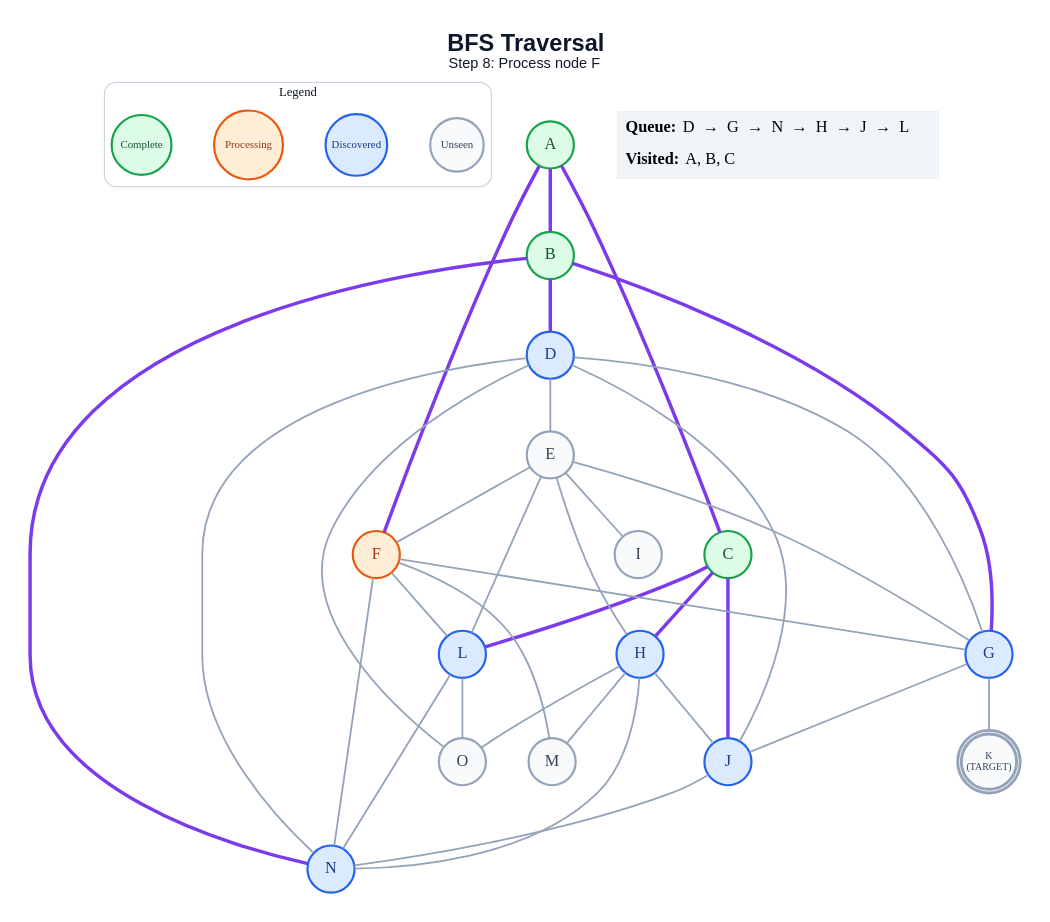
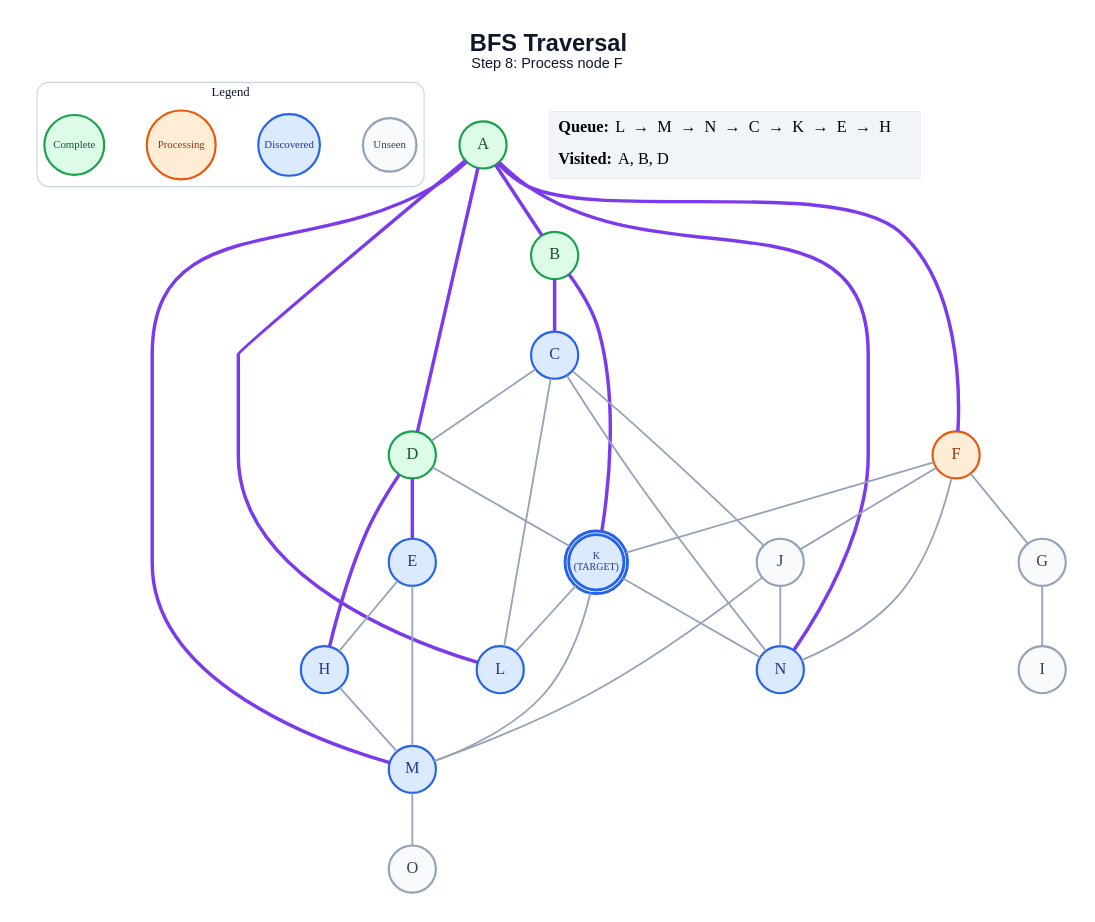
Before and after one commit to anon7238593-create/ai-slop: the diagram in generated/specific-node/bfs/step_08.dot, drawn with Graphviz. The commit also changed 317 other files, not shown here.

```diff
--- a/generated/specific-node/bfs/step_08.dot
+++ b/generated/specific-node/bfs/step_08.dot
@@ -1,66 +1,63 @@
 graph traversal {
   graph [layout=dot, rankdir=TB, bgcolor="#FFFFFF", pad="0.35", nodesep="0.65", ranksep="0.8", fontname="Arial"];
   node [shape=circle, style="filled", fontname="Arial Bold", fontsize=18, width=0.72, fixedsize=true, penwidth=2.4];
   edge [color="#94A3B8", penwidth=2.0];
   label=<<B>BFS Traversal</B><BR/><FONT POINT-SIZE="16">Step 8: Process node F</FONT>>; labelloc="t"; fontsize=26; fontname="Arial"; fontcolor="#0F172A";
   subgraph cluster_legend { label="Legend"; color="#CBD5E1"; penwidth=1.2; style="rounded"; fontsize=14; fontname="Arial Bold";
     key_unseen [label="Unseen", fillcolor="#F8FAFC", color="#94A3B8", fontcolor="#334155", fontsize=12, width=0.82];
     key_frontier [label="Discovered", fillcolor="#DBEAFE", color="#2563EB", fontcolor="#1E3A8A", fontsize=12, width=0.95];
     key_current [label="Processing", fillcolor="#FFEDD5", color="#EA580C", fontcolor="#9A3412", fontsize=12, width=1.05];
     key_done [label="Complete", fillcolor="#DCFCE7", color="#16A34A", fontcolor="#14532D", fontsize=12, width=0.92];
     { rank=same; key_unseen; key_frontier; key_current; key_done; }
   }
   A [label="A", fillcolor="#DCFCE7", color="#16A34A", fontcolor="#14532D", peripheries=1, penwidth=2.4];
   B [label="B", fillcolor="#DCFCE7", color="#16A34A", fontcolor="#14532D", peripheries=1, penwidth=2.4];
-  C [label="C", fillcolor="#DCFCE7", color="#16A34A", fontcolor="#14532D", peripheries=1, penwidth=2.4];
-  D [label="D", fillcolor="#DBEAFE", color="#2563EB", fontcolor="#1E3A8A", peripheries=1, penwidth=2.4];
-  E [label="E", fillcolor="#F8FAFC", color="#94A3B8", fontcolor="#334155", peripheries=1, penwidth=2.4];
+  C [label="C", fillcolor="#DBEAFE", color="#2563EB", fontcolor="#1E3A8A", peripheries=1, penwidth=2.4];
+  D [label="D", fillcolor="#DCFCE7", color="#16A34A", fontcolor="#14532D", peripheries=1, penwidth=2.4];
+  E [label="E", fillcolor="#DBEAFE", color="#2563EB", fontcolor="#1E3A8A", peripheries=1, penwidth=2.4];
   F [label="F", fillcolor="#FFEDD5", color="#EA580C", fontcolor="#9A3412", peripheries=1, penwidth=2.4];
-  G [label="G", fillcolor="#DBEAFE", color="#2563EB", fontcolor="#1E3A8A", peripheries=1, penwidth=2.4];
+  G [label="G", fillcolor="#F8FAFC", color="#94A3B8", fontcolor="#334155", peripheries=1, penwidth=2.4];
   H [label="H", fillcolor="#DBEAFE", color="#2563EB", fontcolor="#1E3A8A", peripheries=1, penwidth=2.4];
   I [label="I", fillcolor="#F8FAFC", color="#94A3B8", fontcolor="#334155", peripheries=1, penwidth=2.4];
-  J [label="J", fillcolor="#DBEAFE", color="#2563EB", fontcolor="#1E3A8A", peripheries=1, penwidth=2.4];
-  K [label="K\n(TARGET)", fillcolor="#F8FAFC", color="#94A3B8", fontcolor="#334155", peripheries=2, penwidth=3.2, fontsize=11, width=0.85, height=0.85];
+  J [label="J", fillcolor="#F8FAFC", color="#94A3B8", fontcolor="#334155", peripheries=1, penwidth=2.4];
+  K [label="K\n(TARGET)", fillcolor="#DBEAFE", color="#2563EB", fontcolor="#1E3A8A", peripheries=2, penwidth=3.2, fontsize=11, width=0.85, height=0.85];
   L [label="L", fillcolor="#DBEAFE", color="#2563EB", fontcolor="#1E3A8A", peripheries=1, penwidth=2.4];
-  M [label="M", fillcolor="#F8FAFC", color="#94A3B8", fontcolor="#334155", peripheries=1, penwidth=2.4];
+  M [label="M", fillcolor="#DBEAFE", color="#2563EB", fontcolor="#1E3A8A", peripheries=1, penwidth=2.4];
   N [label="N", fillcolor="#DBEAFE", color="#2563EB", fontcolor="#1E3A8A", peripheries=1, penwidth=2.4];
   O [label="O", fillcolor="#F8FAFC", color="#94A3B8", fontcolor="#334155", peripheries=1, penwidth=2.4];
   A -- B [color="#7C3AED", penwidth=3.8];
-  A -- C [color="#7C3AED", penwidth=3.8];
+  A -- D [color="#7C3AED", penwidth=3.8];
   A -- F [color="#7C3AED", penwidth=3.8];
-  B -- D [color="#7C3AED", penwidth=3.8];
-  B -- G [color="#7C3AED", penwidth=3.8];
-  B -- N [color="#7C3AED", penwidth=3.8];
-  C -- H [color="#7C3AED", penwidth=3.8];
-  C -- J [color="#7C3AED", penwidth=3.8];
-  C -- L [color="#7C3AED", penwidth=3.8];
-  D -- E;
-  D -- G;
-  D -- J;
-  D -- N;
-  D -- O;
-  E -- F;
-  E -- G;
+  A -- L [color="#7C3AED", penwidth=3.8];
+  A -- M [color="#7C3AED", penwidth=3.8];
+  A -- N [color="#7C3AED", penwidth=3.8];
+  B -- C [color="#7C3AED", penwidth=3.8];
+  B -- K [color="#7C3AED", penwidth=3.8];
+  C -- D;
+  C -- J;
+  C -- L;
+  C -- N;
+  D -- E [color="#7C3AED", penwidth=3.8];
+  D -- H [color="#7C3AED", penwidth=3.8];
+  D -- K;
   E -- H;
-  E -- I;
-  E -- L;
+  E -- M;
   F -- G;
-  F -- L;
-  F -- M;
+  F -- J;
+  F -- K;
   F -- N;
-  G -- J;
-  G -- K;
-  H -- J;
+  G -- I;
   H -- M;
-  H -- N;
-  H -- O;
+  J -- M;
   J -- N;
-  L -- N;
-  L -- O;
+  K -- L;
+  K -- M;
+  K -- N;
+  M -- O;
   status [shape=plain, fixedsize=false, width=0, height=0, margin=0, label=<
     <TABLE BORDER="0" CELLBORDER="0" CELLPADDING="7" BGCOLOR="#F1F5F9">
-      <TR><TD ALIGN="LEFT"><B>Queue:</B> D  →  G  →  N  →  H  →  J  →  L</TD></TR>
-      <TR><TD ALIGN="LEFT"><B>Visited:</B> A, B, C</TD></TR>
+      <TR><TD ALIGN="LEFT"><B>Queue:</B> L  →  M  →  N  →  C  →  K  →  E  →  H</TD></TR>
+      <TR><TD ALIGN="LEFT"><B>Visited:</B> A, B, D</TD></TR>
     </TABLE>
   >];
 }
```
